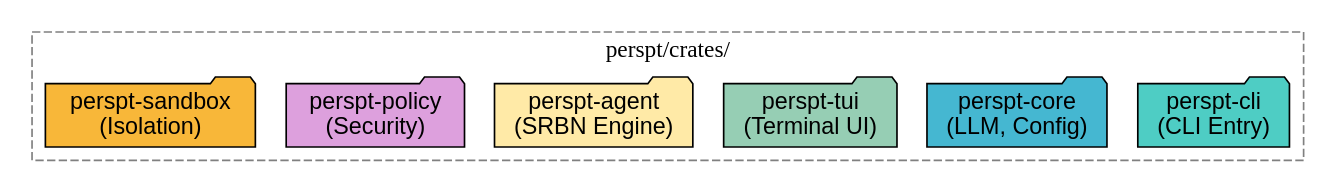
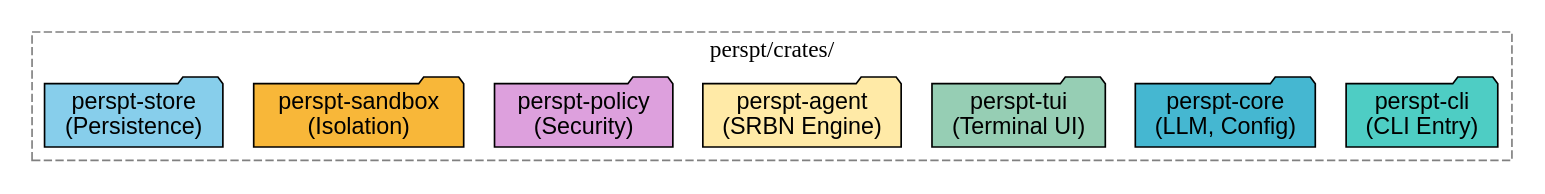
Before and after one commit to eonseed/perspt: the first of 3 diagrams in docs/perspt_book/source/developer-guide/architecture.rst, drawn with Graphviz. The commit also changed other lines of this file and 25 other files, not shown here.

First line of the commit message:
docs: comprehensive update to 7-crate architecture and PDF generation fixes

```diff
--- a/docs/perspt_book/source/developer-guide/architecture.rst
+++ b/docs/perspt_book/source/developer-guide/architecture.rst
@@ -10,21 +10,22 @@
 .. graphviz::
    :align: center
    :caption: Perspt Workspace Structure
 
    digraph workspace {
        rankdir=TB;
        node [shape=folder, style=filled, fontname="Helvetica"];
        
        subgraph cluster_workspace {
            label="perspt/crates/";
            style=dashed;
            color=gray;
            
            cli [label="perspt-cli\n(CLI Entry)", fillcolor="#4ECDC4"];
            core [label="perspt-core\n(LLM, Config)", fillcolor="#45B7D1"];
            tui [label="perspt-tui\n(Terminal UI)", fillcolor="#96CEB4"];
            agent [label="perspt-agent\n(SRBN Engine)", fillcolor="#FFEAA7"];
            policy [label="perspt-policy\n(Security)", fillcolor="#DDA0DD"];
            sandbox [label="perspt-sandbox\n(Isolation)", fillcolor="#F8B739"];
+           store [label="perspt-store\n(Persistence)", fillcolor="#87CEEB"];
        }
    }
```
